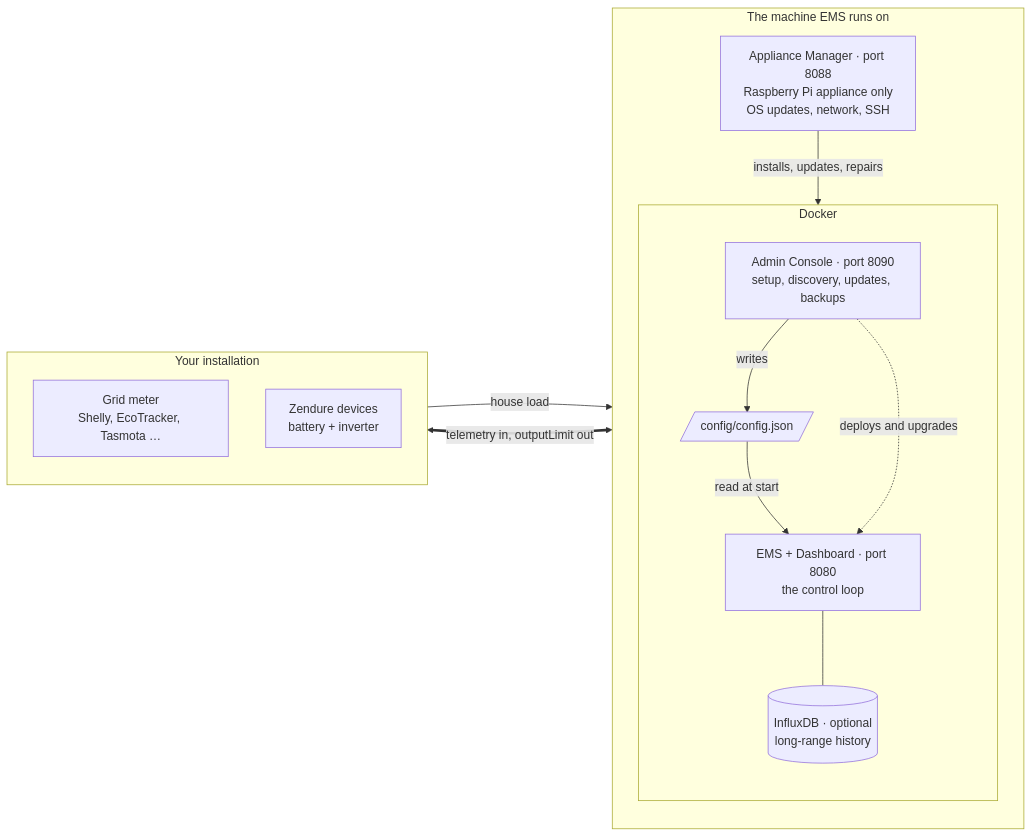
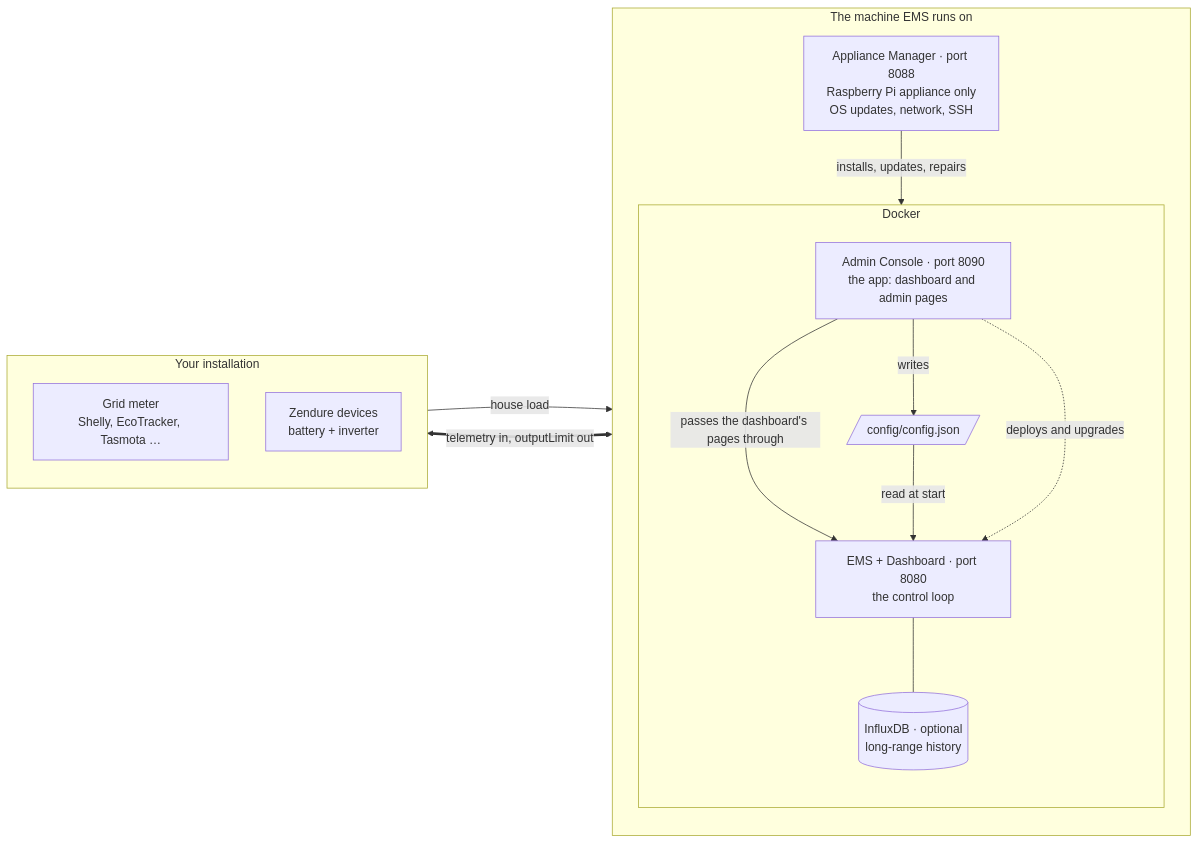
The first of 3 diagrams in docs/user/how-it-fits-together.md (basecubedev/ems-solarflow-api-control), drawn with Mermaid before and after one commit. The commit also changed other lines of this file and 385 other files, not shown here.

````diff
--- a/docs/user/how-it-fits-together.md
+++ b/docs/user/how-it-fits-together.md
@@ -27,28 +29,29 @@
 ```mermaid
 flowchart LR
     subgraph host["The machine EMS runs on"]
         direction TB
         manager["Appliance Manager · port 8088<br/>Raspberry Pi appliance only<br/>OS updates, network, SSH"]
         subgraph docker["Docker"]
             direction TB
-            admin["Admin Console · port 8090<br/>setup, discovery, updates, backups"]
+            admin["Admin Console · port 8090<br/>the app: dashboard and admin pages"]
             config[/"config/config.json"/]
             ems["EMS + Dashboard · port 8080<br/>the control loop"]
             influx[("InfluxDB · optional<br/>long-range history")]
         end
     end
 
     subgraph home["Your installation"]
         direction TB
         meter["Grid meter<br/>Shelly, EcoTracker, Tasmota …"]
         zendure["Zendure devices<br/>battery + inverter"]
     end
 
     manager -- "installs, updates, repairs" --> admin
     admin -- "writes" --> config
+    admin -- "passes the dashboard's pages through" --> ems
     config -- "read at start" --> ems
     admin -. "deploys and upgrades" .-> ems
     ems --- influx
     meter -- "house load" --> ems
     ems <== "telemetry in, outputLimit out" ==> zendure
 ```
````
